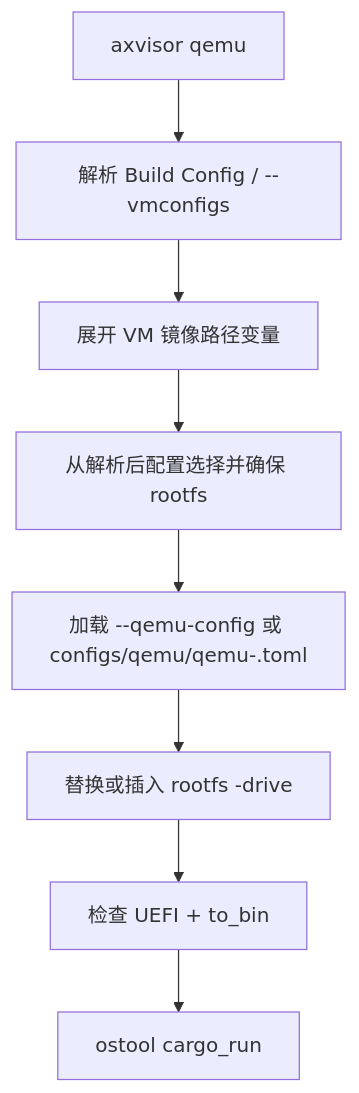
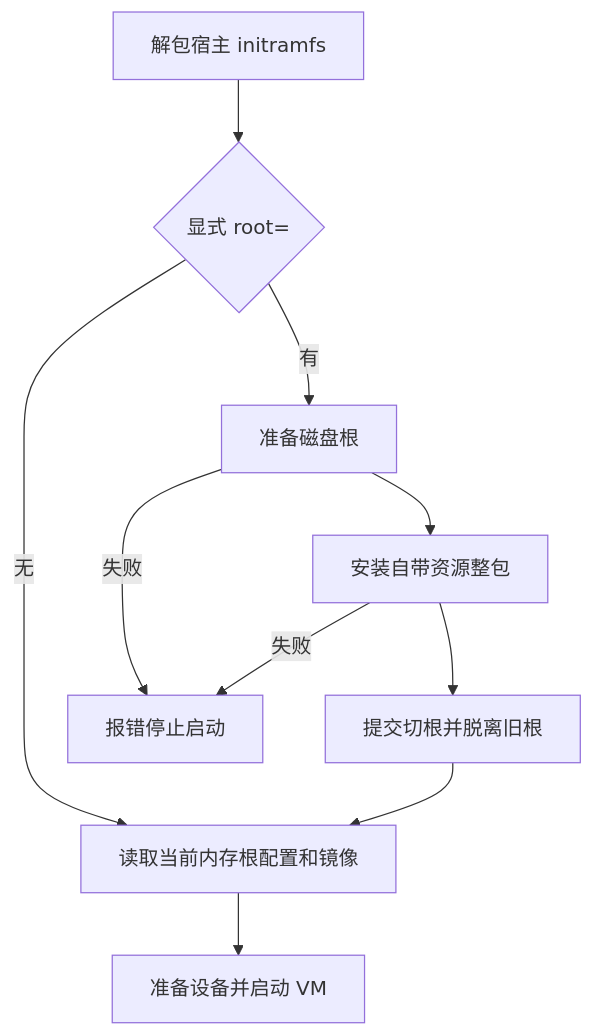
The diagram in docs/docs/build/axvisor/runtime.md (rcore-os/tgoskits), drawn with Mermaid before and after one commit. The commit also changed other lines of this file and 94 other files, not shown here.

````diff
--- a/docs/docs/build/axvisor/runtime.md
+++ b/docs/docs/build/axvisor/runtime.md
@@ -16,10 +14,12 @@
 ```mermaid
 flowchart TD
-    A["axvisor qemu"] --> B["解析 Build Config / --vmconfigs"]
-    B --> C["展开 VM 镜像路径变量"]
-    C --> D["从解析后配置选择并确保 rootfs"]
-    D --> E["加载 --qemu-config 或 configs/qemu/qemu-<arch>.toml"]
-    E --> F["替换或插入 rootfs -drive"]
-    F --> G["检查 UEFI + to_bin"]
-    G --> H["ostool cargo_run"]
+    A[解包宿主 initramfs] --> B{显式 root=}
+    B -->|无| G[读取当前内存根配置和镜像]
+    B -->|有| C[准备磁盘根]
+    C --> D[安装自带资源整包]
+    D --> E[提交切根并脱离旧根]
+    E --> G
+    C -->|失败| F[报错停止启动]
+    D -->|失败| F
+    G --> H[准备设备并启动 VM]
 ```
````
